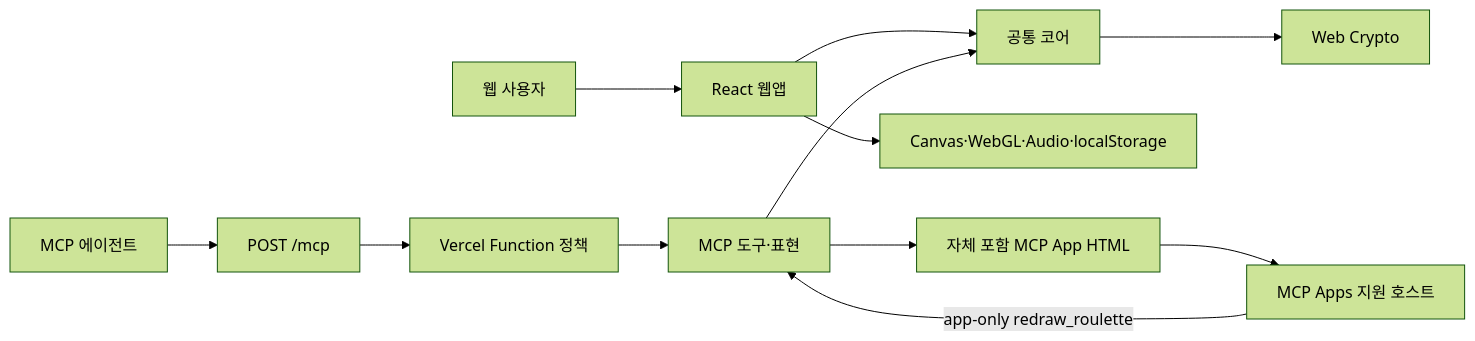
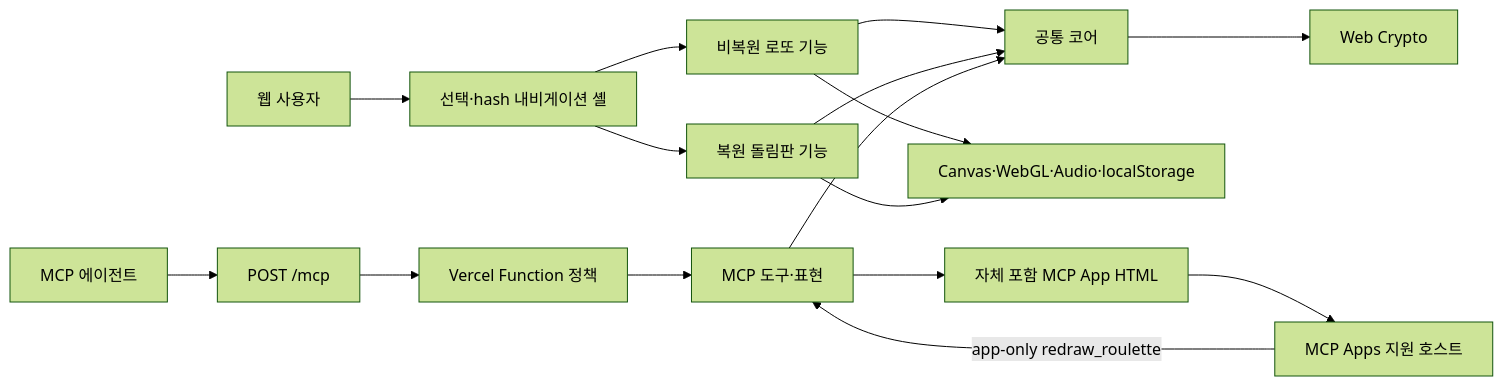
The first of 2 diagrams in docs/architecture.md (tinywolf/roulette), drawn with Mermaid (forest theme) before and after one commit. The commit also changed other lines of this file and 70 other files, not shown here.

````diff
--- a/docs/architecture.md
+++ b/docs/architecture.md
@@ -22,16 +24,20 @@
 ```mermaid
 flowchart LR
-    User["웹 사용자"] --> Web["React 웹앱"]
-    Web --> Core["공통 코어"]
-    Web --> Browser["Canvas·WebGL·Audio·localStorage"]
+    User["웹 사용자"] --> Shell["선택·hash 내비게이션 셸"]
+    Shell --> Lottery["비복원 로또 기능"]
+    Shell --> Wheel["복원 돌림판 기능"]
+    Lottery --> Core["공통 코어"]
+    Wheel --> Core
+    Lottery --> Browser["Canvas·WebGL·Audio·localStorage"]
+    Wheel --> Browser
 
     Agent["MCP 에이전트"] --> Route["POST /mcp"]
     Route --> Api["Vercel Function 정책"]
     Api --> Mcp["MCP 도구·표현"]
     Mcp --> Core
     Mcp --> Resource["자체 포함 MCP App HTML"]
     Resource --> Host["MCP Apps 지원 호스트"]
     Host -->|"app-only redraw_roulette"| Mcp
 
     Core --> Crypto["Web Crypto"]
 ```
````
